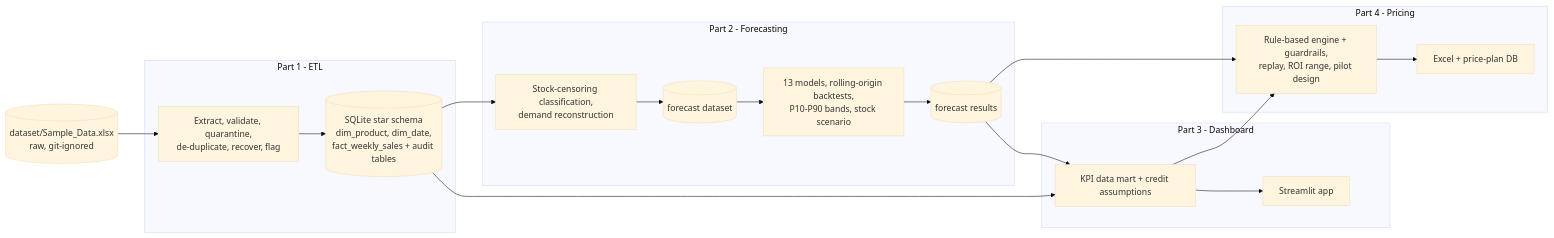
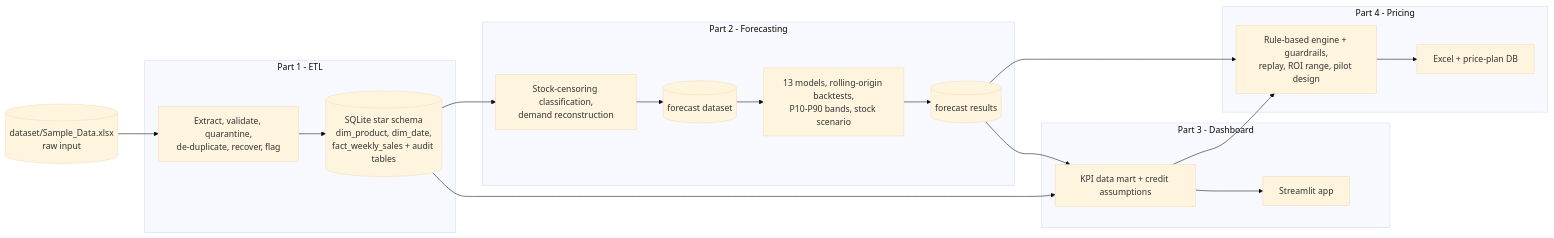
Before and after one commit to hrnademi/Technical_Assessment_HamidrezaNademi: the diagram in README.md, drawn with Mermaid (base theme). The commit also changed other lines of this file and 3 other files, not shown here.

First line of the commit message:
Add dataset/Sample_Data.xlsx so the notebooks run after cloning

````diff
--- a/README.md
+++ b/README.md
@@ -21,22 +21,22 @@
 ```mermaid
 flowchart LR
-    RAW[(dataset/Sample_Data.xlsx<br/>raw, git-ignored)] --> ETL
+    RAW[(dataset/Sample_Data.xlsx<br/>raw input)] --> ETL
     subgraph P1[Part 1 - ETL]
         ETL[Extract, validate, quarantine,<br/>de-duplicate, recover, flag] --> DB1[(SQLite star schema<br/>dim_product, dim_date,<br/>fact_weekly_sales + audit tables)]
     end
     DB1 --> PRE
     subgraph P2[Part 2 - Forecasting]
         PRE[Stock-censoring classification,<br/>demand reconstruction] --> DB2[(forecast dataset)]
         DB2 --> FC[13 models, rolling-origin backtests,<br/>P10-P90 bands, stock scenario] --> DB3[(forecast results)]
     end
     DB1 --> DASH
     DB3 --> DASH
     subgraph P3[Part 3 - Dashboard]
         DASH[KPI data mart + credit assumptions] --> APP[Streamlit app]
     end
     DB3 --> PRICE
     DASH --> PRICE
     subgraph P4[Part 4 - Pricing]
         PRICE[Rule-based engine + guardrails,<br/>replay, ROI range, pilot design] --> XL[Excel + price-plan DB]
     end
 ```
````
